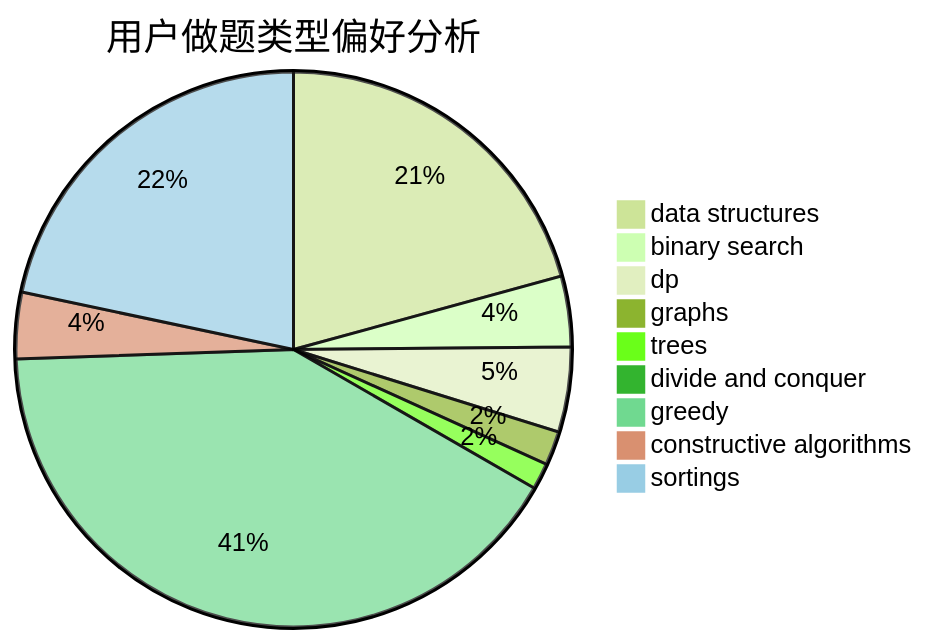
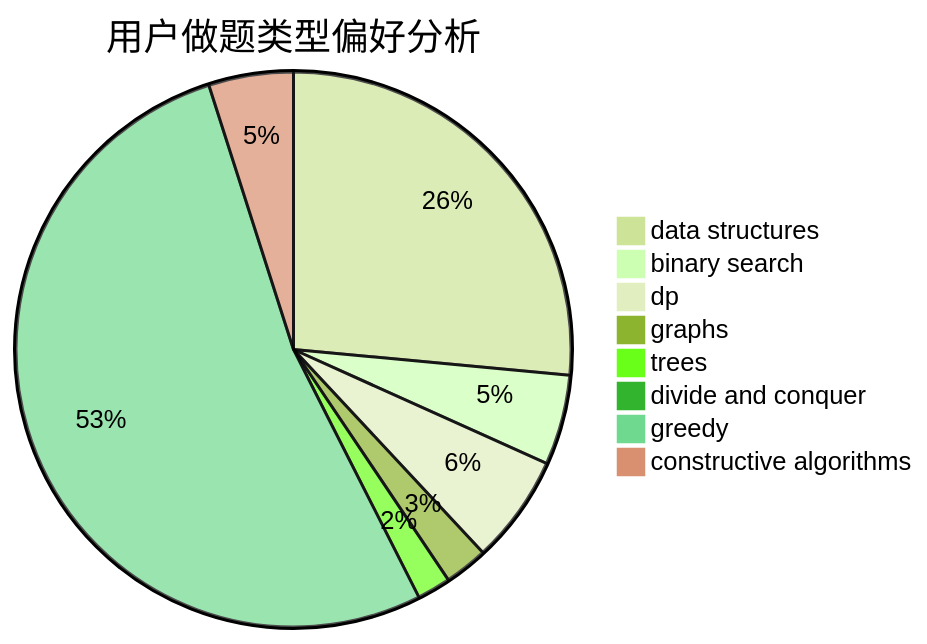
Before and after one commit to sherpahu/cfrs.github.io: the second of 3 diagrams in docs/user/u1661.md, drawn with Mermaid (forest theme). The commit also changed other lines of this file and 2769 other files, not shown here.

````diff
--- a/docs/user/u1661.md
+++ b/docs/user/u1661.md
@@ -18,12 +18,11 @@
 ```mermaid
 pie title 用户做题类型偏好分析
     "data structures" :  419
     "binary search" :  83
     "dp" :  100
     "graphs" :  40
     "trees" :  31
     "divide and conquer" :  0
     "greedy" :  831
     "constructive algorithms" :  78
-    "sortings" :  438
 ```
````
